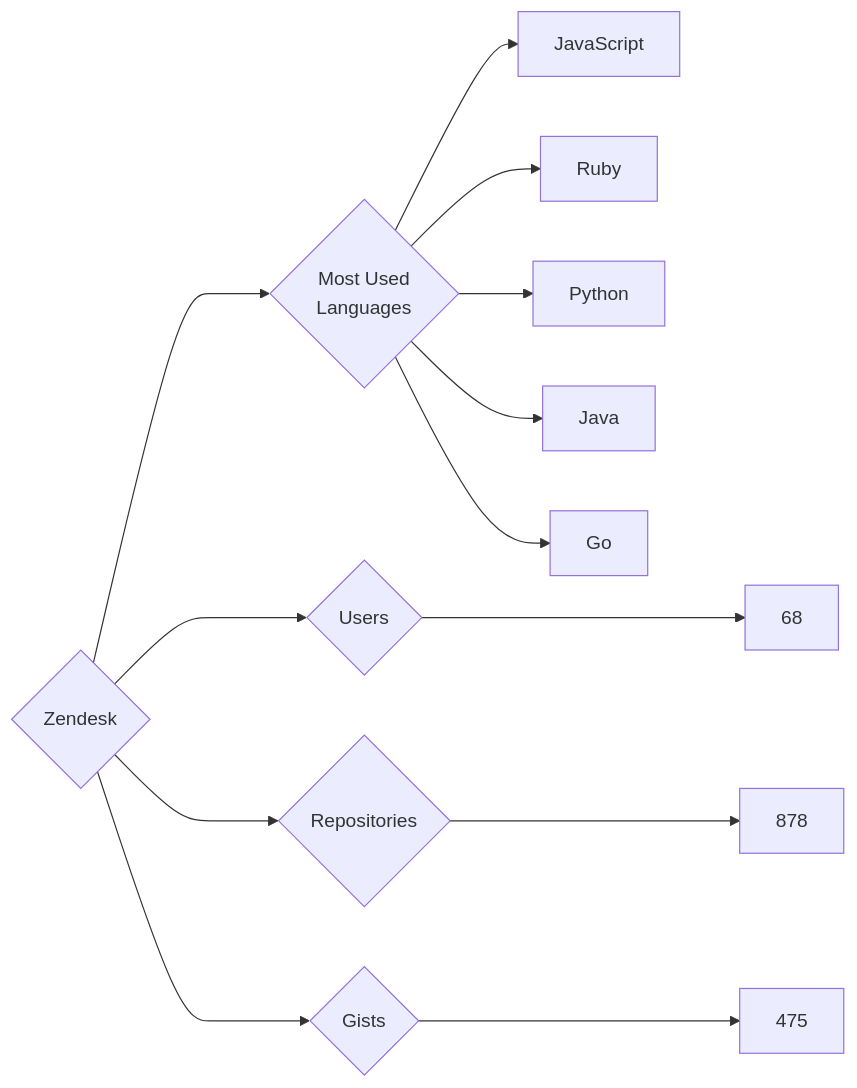
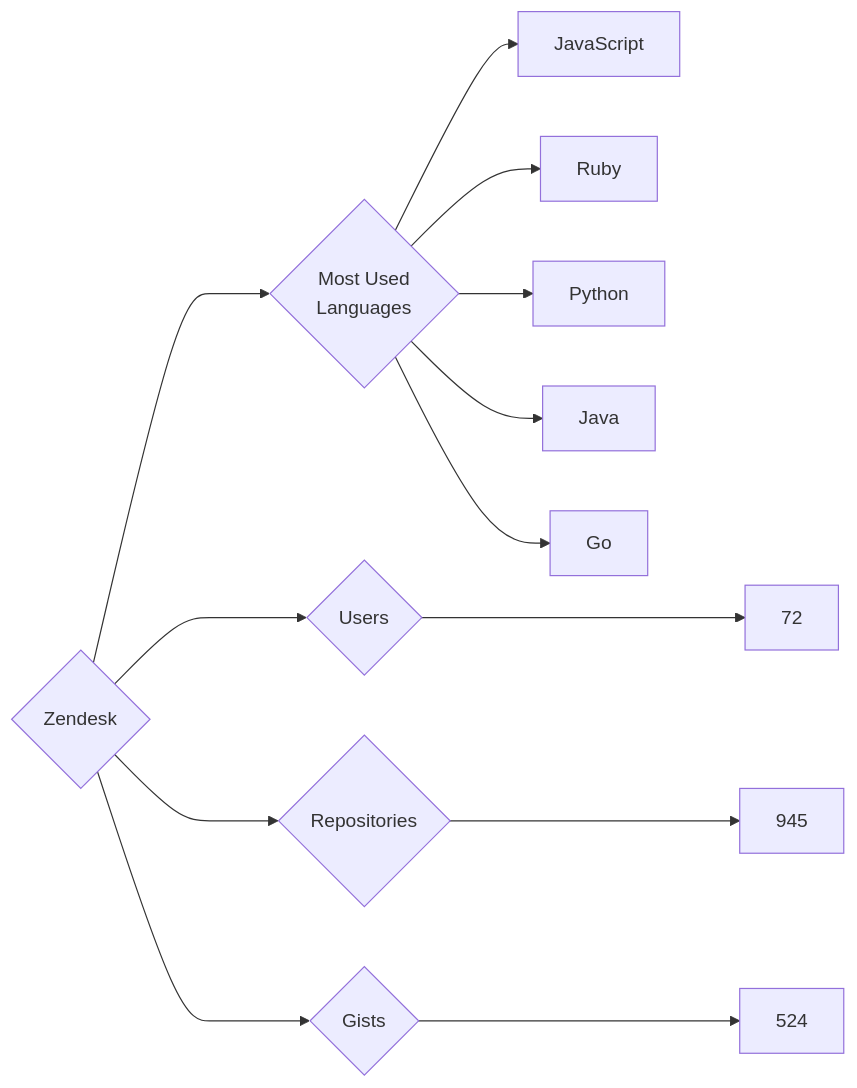
The diagram in targets/Zendesk/README.md (trickest/insiders), drawn with Mermaid before and after one commit. The commit also changed 970 other files, not shown here.

````diff
--- a/targets/Zendesk/README.md
+++ b/targets/Zendesk/README.md
@@ -3,13 +3,13 @@
 ```mermaid
 graph LR
 COMPANY_NAME{Zendesk}
-COMPANY_NAME ---> U{Users} ---> UN[68]
-COMPANY_NAME ---> R{Repositories} ---> RN[878]
-COMPANY_NAME ---> G{Gists} ---> GN[475]
+COMPANY_NAME ---> U{Users} ---> UN[72]
+COMPANY_NAME ---> R{Repositories} ---> RN[945]
+COMPANY_NAME ---> G{Gists} ---> GN[524]
 COMPANY_NAME ---> ML{Most Used<br>Languages}
 ML --> JavaScript[JavaScript]
 ML --> Ruby[Ruby]
 ML --> Python[Python]
 ML --> Java[Java]
 ML --> Go[Go]
 ```
````
